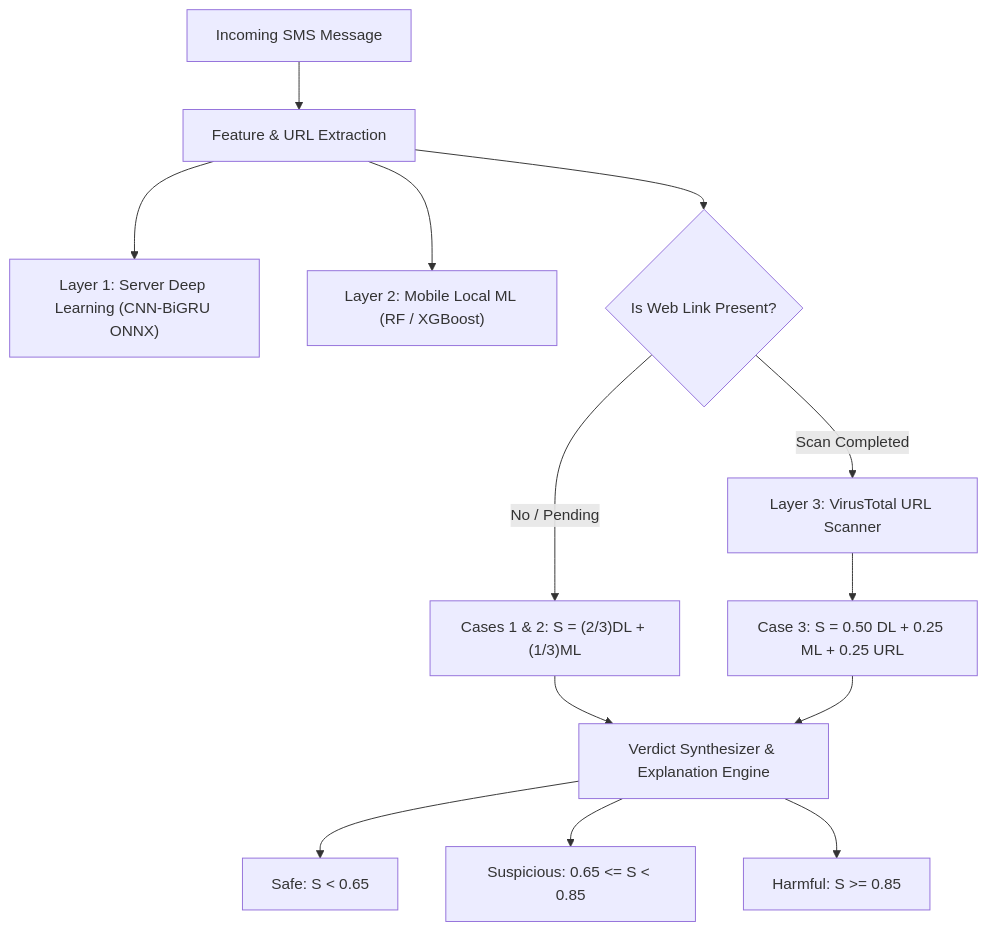
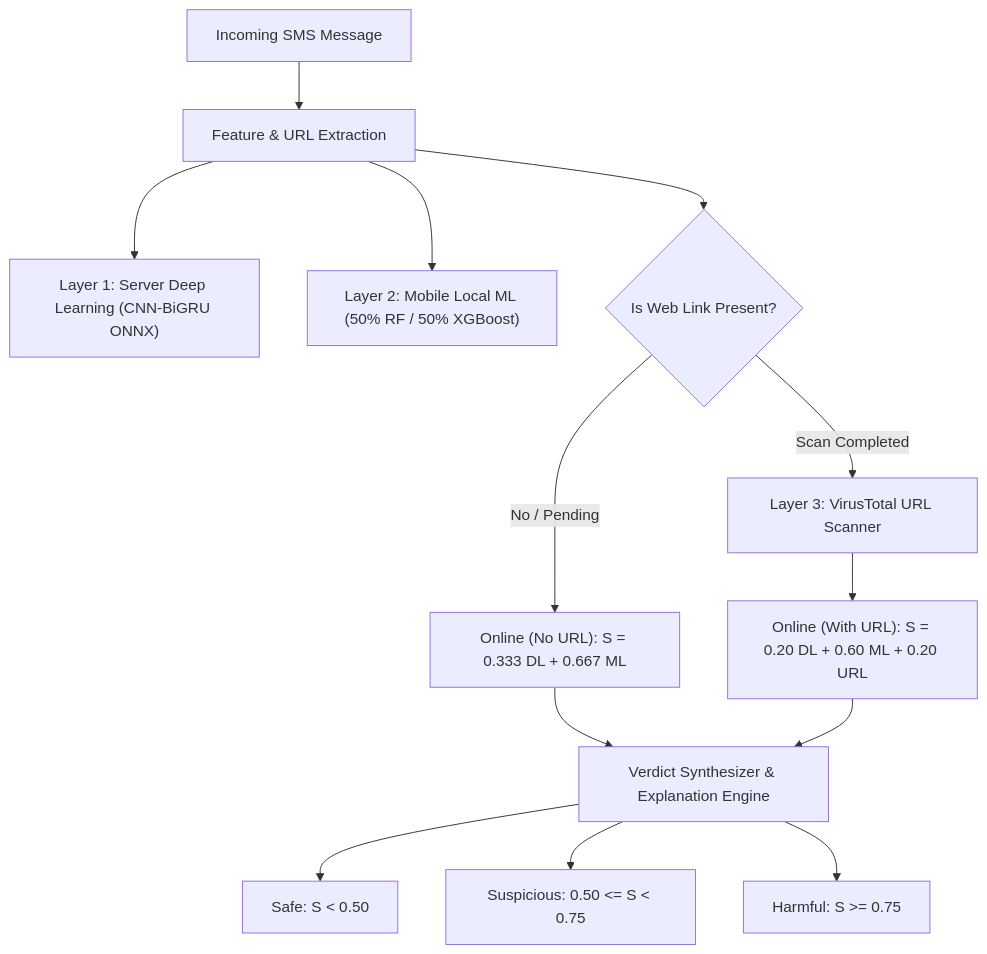
Before and after one commit to Minami189/KwagoBackend: the diagram in Threshold testing/optimal_threshold_calculation.md, drawn with Mermaid. The commit also changed other lines of this file and 2 other files, not shown here.

````diff
--- a/Threshold testing/optimal_threshold_calculation.md
+++ b/Threshold testing/optimal_threshold_calculation.md
@@ -11,18 +11,18 @@
 ```mermaid
 flowchart TD
     SMS["Incoming SMS Message"] --> Extractor["Feature & URL Extraction"]
     Extractor --> DL["Layer 1: Server Deep Learning (CNN-BiGRU ONNX)"]
-    Extractor --> ML["Layer 2: Mobile Local ML (RF / XGBoost)"]
+    Extractor --> ML["Layer 2: Mobile Local ML (50% RF / 50% XGBoost)"]
     Extractor --> URL{"Is Web Link Present?"}
 
-    URL -- "No / Pending" --> Case12["Cases 1 & 2: S = (2/3)DL + (1/3)ML"]
+    URL -- "No / Pending" --> Case12["Online (No URL): S = 0.333 DL + 0.667 ML"]
     URL -- "Scan Completed" --> VT["Layer 3: VirusTotal URL Scanner"]
-    VT --> Case3["Case 3: S = 0.50 DL + 0.25 ML + 0.25 URL"]
+    VT --> Case3["Online (With URL): S = 0.20 DL + 0.60 ML + 0.20 URL"]
 
     Case12 --> Synthesizer["Verdict Synthesizer & Explanation Engine"]
     Case3 --> Synthesizer
 
-    Synthesizer --> Safe["Safe: S < 0.65"]
-    Synthesizer --> Suspicious["Suspicious: 0.65 <= S < 0.85"]
-    Synthesizer --> Harmful["Harmful: S >= 0.85"]
+    Synthesizer --> Safe["Safe: S < 0.50"]
+    Synthesizer --> Suspicious["Suspicious: 0.50 <= S < 0.75"]
+    Synthesizer --> Harmful["Harmful: S >= 0.75"]
 ```
````
